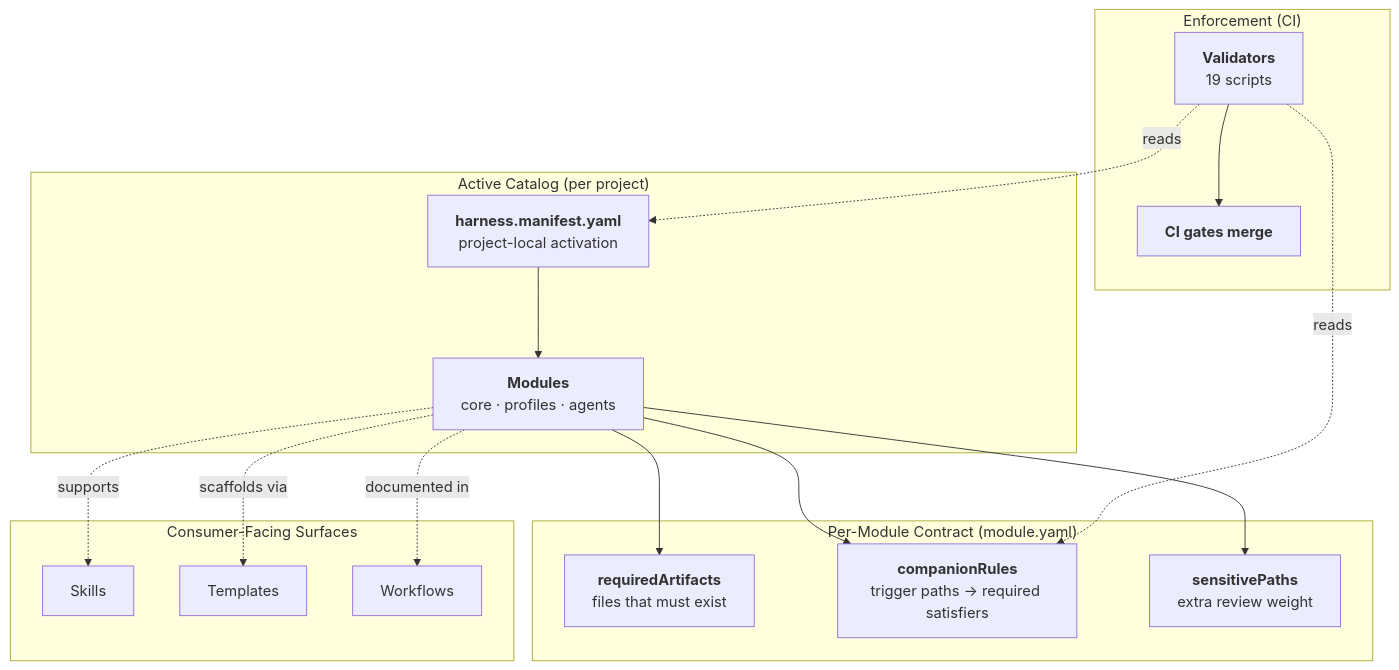
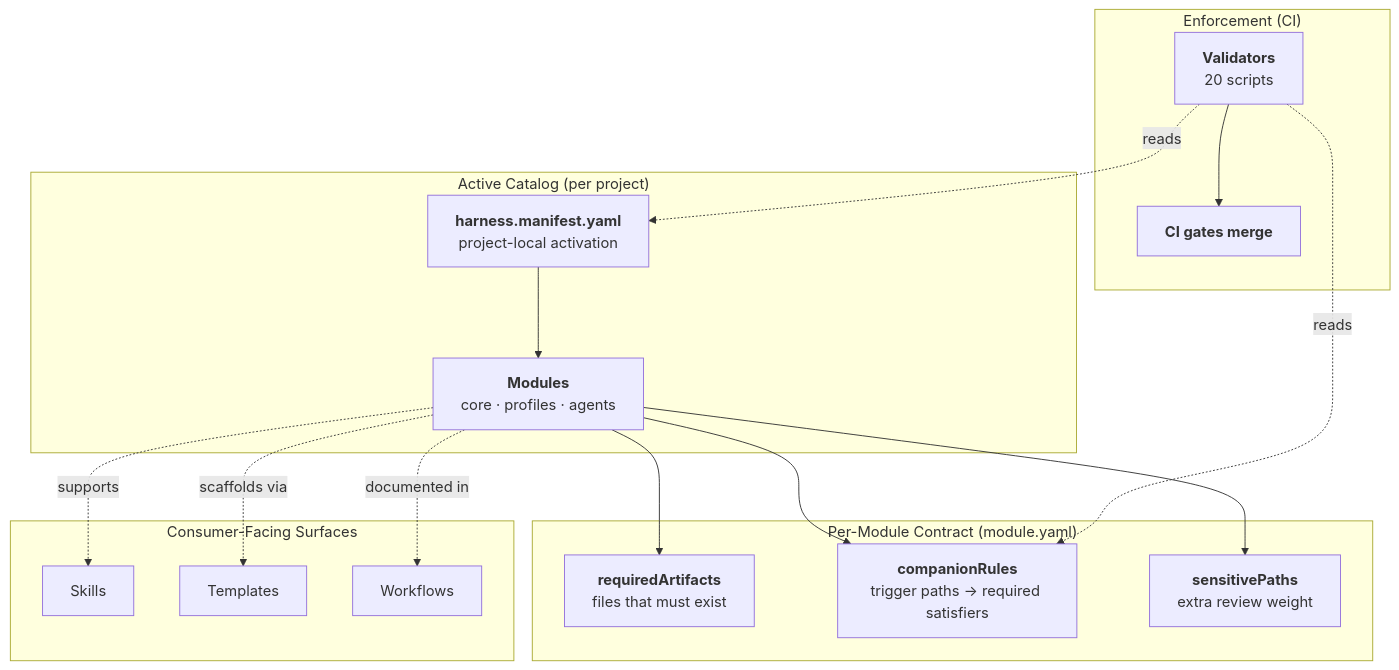
Before and after one commit to unclenate/auto-harness: the diagram in README.md, drawn with Mermaid. The commit also changed other lines of this file and 71 other files, not shown here.

````diff
--- a/README.md
+++ b/README.md
@@ -131,31 +131,31 @@
 ```mermaid
 flowchart TD
     Manifest["<b>harness.manifest.yaml</b><br/>project-local activation"]
 
     subgraph CATALOG["Active Catalog (per project)"]
         Manifest --> Modules["<b>Modules</b><br/>core · profiles · agents"]
     end
 
     subgraph CONTRACT["Per-Module Contract (module.yaml)"]
         Modules --> Required["<b>requiredArtifacts</b><br/>files that must exist"]
         Modules --> Companions["<b>companionRules</b><br/>trigger paths → required satisfiers"]
         Modules --> Sensitive["<b>sensitivePaths</b><br/>extra review weight"]
     end
 
     subgraph ENFORCE["Enforcement (CI)"]
-        Validators["<b>Validators</b><br/>19 scripts"]
+        Validators["<b>Validators</b><br/>20 scripts"]
         Validators -.reads.-> Manifest
         Validators -.reads.-> Companions
         Validators --> CIGate["<b>CI gates merge</b>"]
     end
 
     subgraph SURFACE["Consumer-Facing Surfaces"]
         Skills["Skills"]
         Templates["Templates"]
         Workflows["Workflows"]
     end
 
     Modules -.supports.-> Skills
     Modules -.scaffolds via.-> Templates
     Modules -.documented in.-> Workflows
 ```
````
